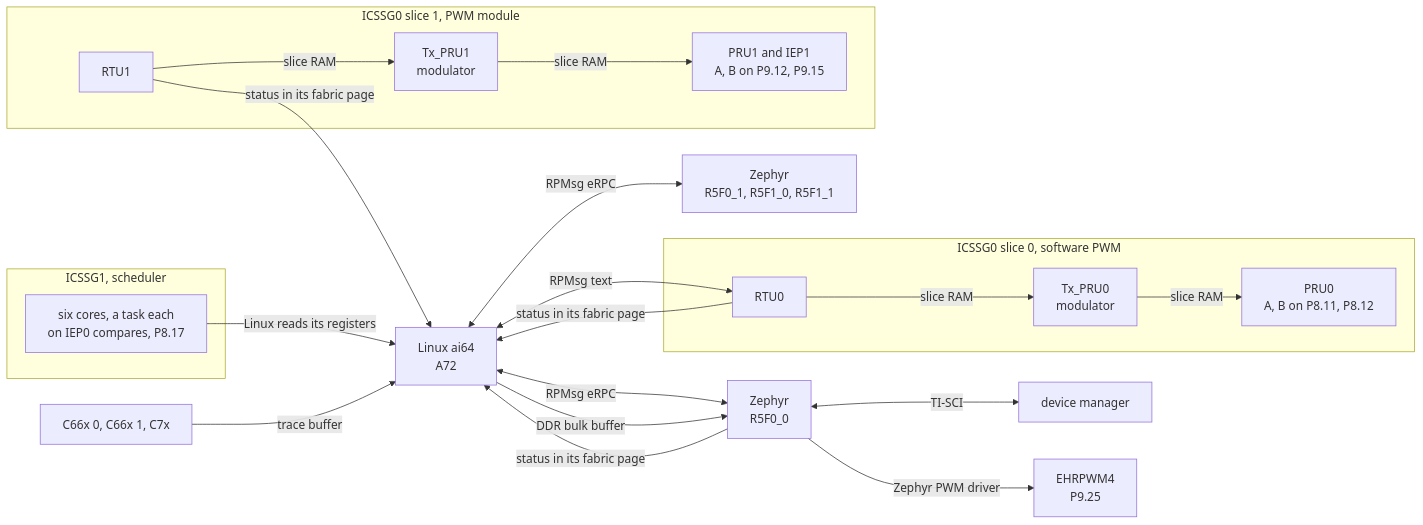
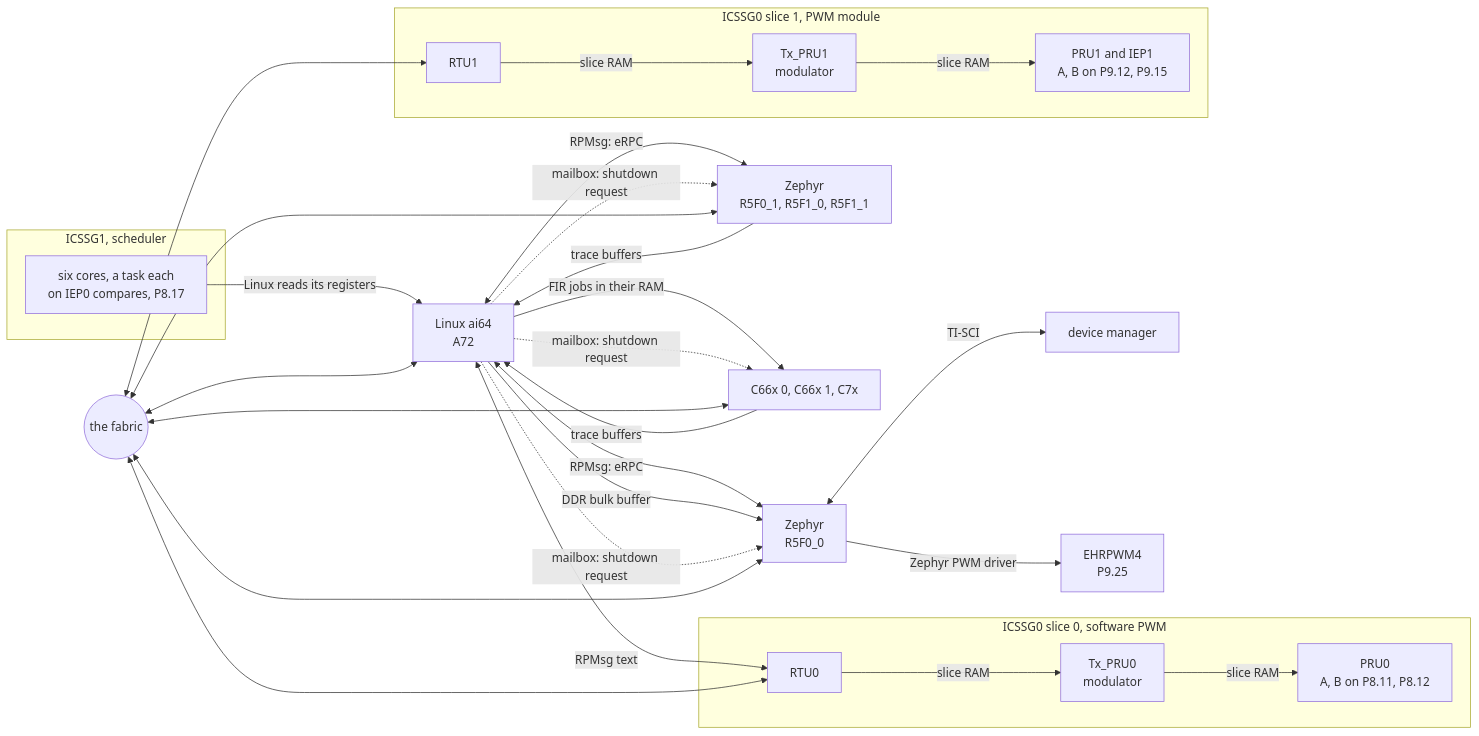
Before and after one commit to kevinacahalan/BeagleBoneAI64-linux-zephyr-pru-c7x-c66x-demo: the first of 2 diagrams in README.md, drawn with Mermaid. The commit also changed other lines of this file and 30 other files, not shown here.

````diff
--- a/README.md
+++ b/README.md
@@ -14,37 +14,46 @@
 ```mermaid
 flowchart LR
   ai64["Linux ai64<br/>A72"]
   r5["Zephyr<br/>R5F0_0"]
   r5b["Zephyr<br/>R5F0_1, R5F1_0, R5F1_1"]
   dm["device manager"]
   ep["EHRPWM4<br/>P9.25"]
   dsp["C66x 0, C66x 1, C7x"]
+  fab(("the fabric"))
   subgraph s00["ICSSG0 slice 0, software PWM"]
     rtu0["RTU0"]
     tx0["Tx_PRU0<br/>modulator"]
     pru0["PRU0<br/>A, B on P8.11, P8.12"]
   end
   subgraph s01["ICSSG0 slice 1, PWM module"]
     rtu1["RTU1"]
     tx1["Tx_PRU1<br/>modulator"]
     pru1["PRU1 and IEP1<br/>A, B on P9.12, P9.15"]
   end
   subgraph g1["ICSSG1, scheduler"]
     mcs["six cores, a task each<br/>on IEP0 compares, P8.17"]
   end
-  ai64 <-->|"RPMsg eRPC"| r5
-  ai64 <-->|"RPMsg eRPC"| r5b
+  ai64 <-->|"RPMsg: eRPC"| r5
+  ai64 <-->|"RPMsg: eRPC"| r5b
   ai64 -->|"DDR bulk buffer"| r5
+  r5b -->|"trace buffers"| ai64
+  ai64 -->|"FIR jobs in their RAM"| dsp
+  dsp -->|"trace buffers"| ai64
+  ai64 -.->|"mailbox: shutdown request"| dsp
+  ai64 -.->|"mailbox: shutdown request"| r5b
+  ai64 -.->|"mailbox: shutdown request"| r5
   r5 <-->|"TI-SCI"| dm
   r5 -->|"Zephyr PWM driver"| ep
   ai64 <-->|"RPMsg text"| rtu0
   rtu0 -->|"slice RAM"| tx0
   tx0 -->|"slice RAM"| pru0
   rtu1 -->|"slice RAM"| tx1
   tx1 -->|"slice RAM"| pru1
-  rtu0 -->|"status in its fabric page"| ai64
-  rtu1 -->|"status in its fabric page"| ai64
-  r5 -->|"status in its fabric page"| ai64
   mcs -->|"Linux reads its registers"| ai64
-  dsp -->|"trace buffer"| ai64
+  fab <--> ai64
+  fab <--> r5
+  fab <--> r5b
+  fab <--> dsp
+  fab <--> rtu0
+  fab <--> rtu1
 ```
````
